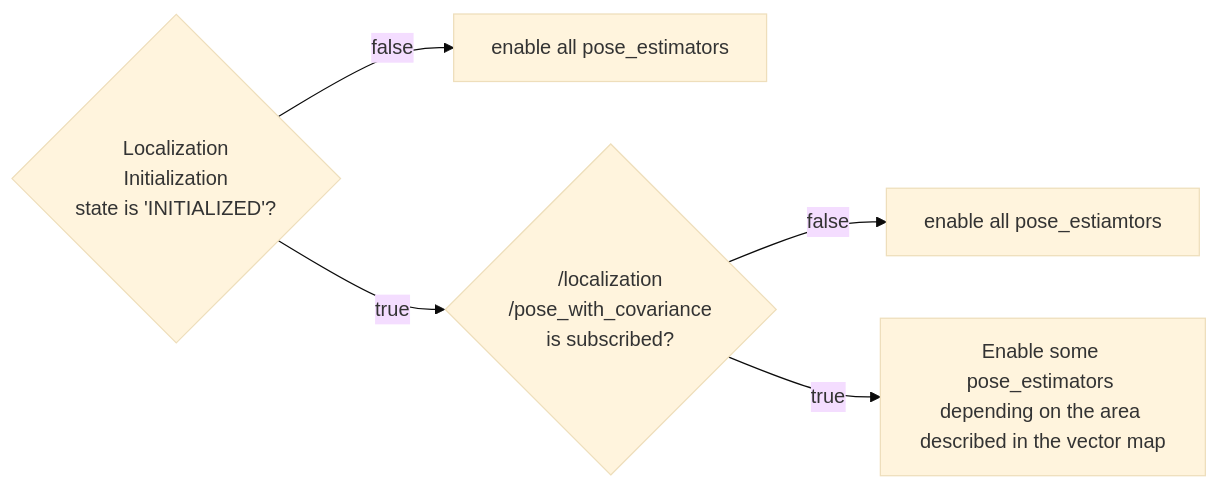
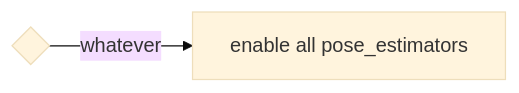
One commit to autowarefoundation/autoware.universe changed the diagram in localization/pose_estimator_arbiter/README.md. Above: the diagram before and after it, drawn with Mermaid (base theme). The commit also changed other lines of this file and 7 other files, not shown here.

````diff
--- a/localization/pose_estimator_arbiter/README.md
+++ b/localization/pose_estimator_arbiter/README.md
@@ -192,8 +202,5 @@
 ```mermaid
 flowchart LR
-  A{Localization\n Initialization\n state is 'INITIALIZED'?}
-  A --false --> _A[enable all pose_estimators]
-  A --true --> B{/localization\n/pose_with_covariance\n is subscribed?}
-  B -- false --> _B[enable all pose_estiamtors]
-  B -- true --> C[Enable some pose_estimators depending on the area described in the vector map]
+  A{ }
+  A --whatever --> _A[enable all pose_estimators]
 ```
````
